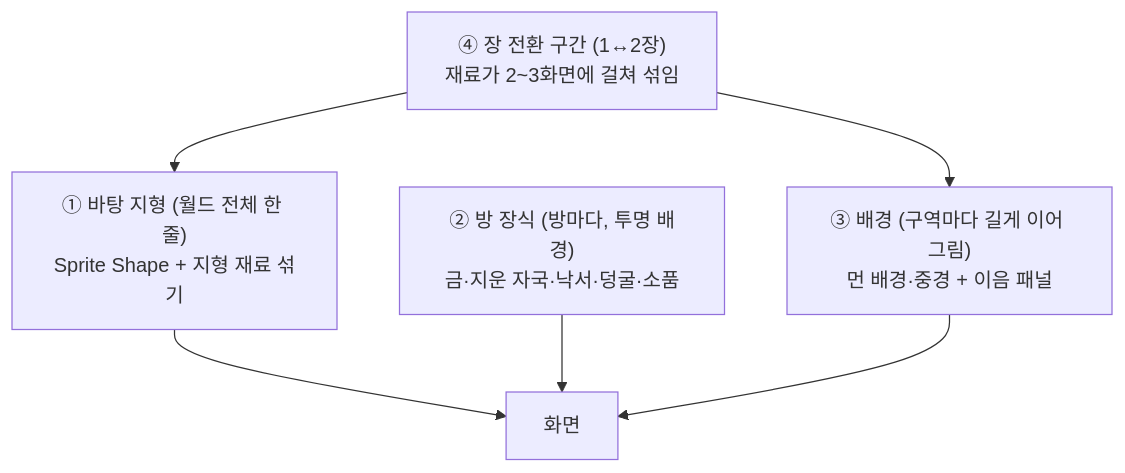
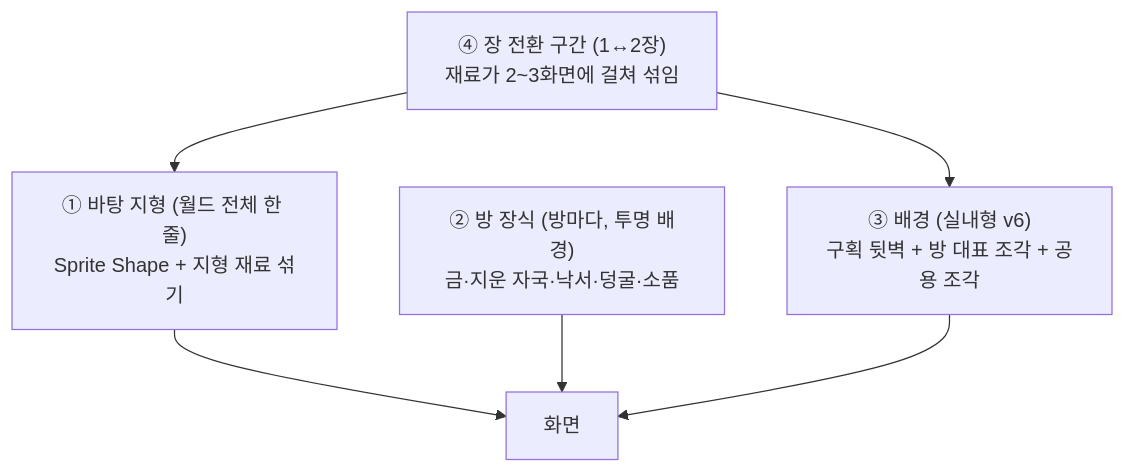
The first of 2 diagrams in Docs/19_에셋_목록_프롬프트.md (lde0707/Unfinished-Sketchbook), drawn with Mermaid before and after one commit. The commit also changed other lines of this file and 31 other files, not shown here.

````diff
--- a/Docs/19_에셋_목록_프롬프트.md
+++ b/Docs/19_에셋_목록_프롬프트.md
@@ -54,8 +55,8 @@
 ```mermaid
 flowchart TB
   A["① 바탕 지형 (월드 전체 한 줄)<br/>Sprite Shape + 지형 재료 섞기"] --> D[화면]
   B["② 방 장식 (방마다, 투명 배경)<br/>금·지운 자국·낙서·덩굴·소품"] --> D
-  C["③ 배경 (구역마다 길게 이어 그림)<br/>먼 배경·중경 + 이음 패널"] --> D
+  C["③ 배경 (실내형 v6)<br/>구획 뒷벽 + 방 대표 조각 + 공용 조각"] --> D
   E["④ 장 전환 구간 (1↔2장)<br/>재료가 2~3화면에 걸쳐 섞임"] --> A
   E --> C
 ```
````
